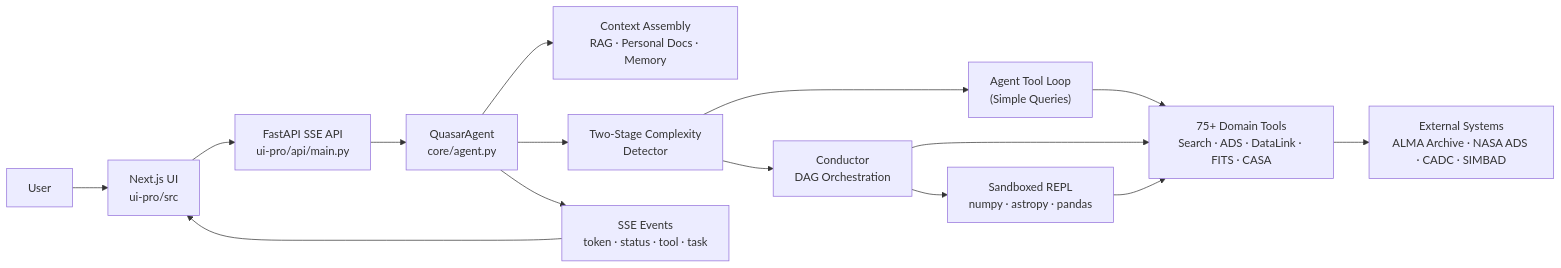
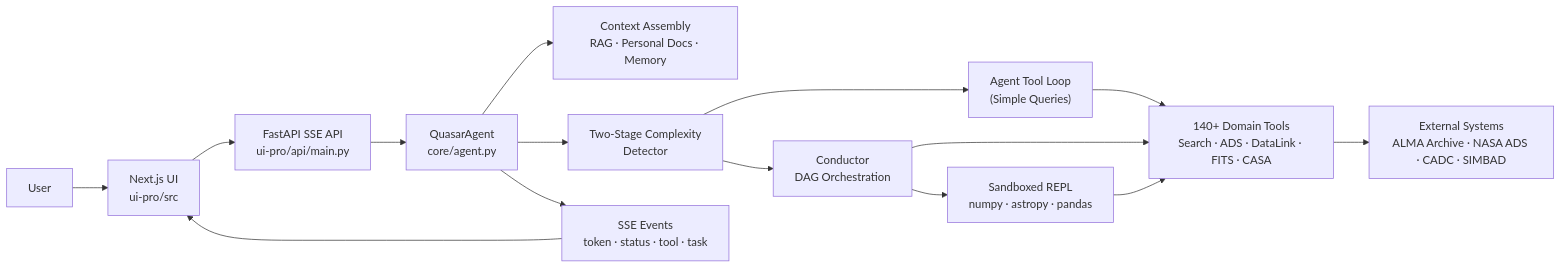
The diagram in README.md (adamzacharia/Quasar), drawn with Mermaid before and after one commit. The commit also changed other lines of this file and 136 other files, not shown here.

````diff
--- a/README.md
+++ b/README.md
@@ -42,27 +42,27 @@
 ```mermaid
 flowchart LR
     U["User"]
     FE["Next.js UI<br/>ui-pro/src"]
     API["FastAPI SSE API<br/>ui-pro/api/main.py"]
     AG["QuasarAgent<br/>core/agent.py"]
     CTX["Context Assembly<br/>RAG · Personal Docs · Memory"]
     CD["Two-Stage Complexity<br/>Detector"]
     DIRECT["Agent Tool Loop<br/>(Simple Queries)"]
     COND["Conductor<br/>DAG Orchestration"]
     REPL["Sandboxed REPL<br/>numpy · astropy · pandas"]
-    SVC["75+ Domain Tools<br/>Search · ADS · DataLink · FITS · CASA"]
+    SVC["140+ Domain Tools<br/>Search · ADS · DataLink · FITS · CASA"]
     EXT["External Systems<br/>ALMA Archive · NASA ADS · CADC · SIMBAD"]
     SSE["SSE Events<br/>token · status · tool · task"]
 
     U --> FE --> API --> AG
     AG --> CTX
     AG --> CD
     CD --> DIRECT
     CD --> COND
     DIRECT --> SVC
     COND --> SVC
     COND --> REPL
     REPL --> SVC
     SVC --> EXT
     AG --> SSE --> FE
 ```
````
